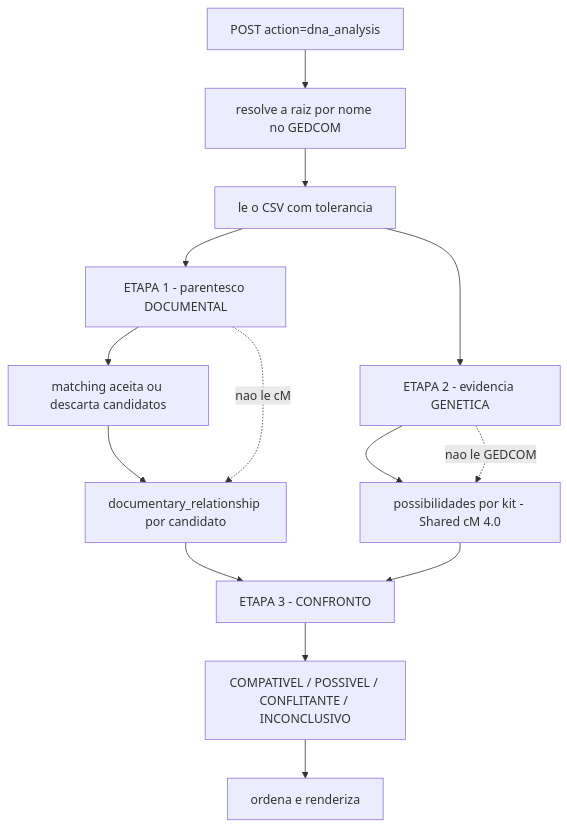
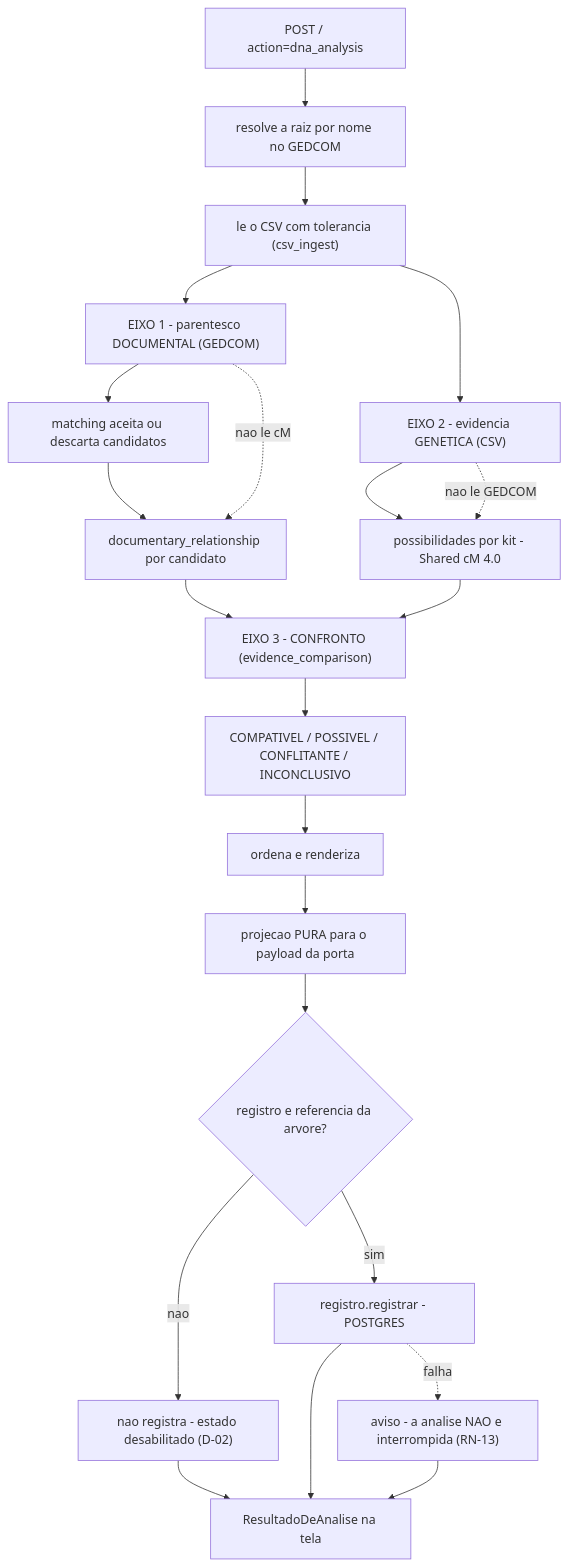
One commit to Adriano1976/reversa-analisador-genealogico changed the first of 9 diagrams in _reversa_sdd/flowcharts/analise-dna.md. Above: the diagram before and after it, drawn with Mermaid. The commit also changed other lines of this file and 69 other files, not shown here.

````diff
--- a/_reversa_sdd/flowcharts/analise-dna.md
+++ b/_reversa_sdd/flowcharts/analise-dna.md
@@ -10,16 +12,24 @@
 ```mermaid
 flowchart TD
-    A[POST action=dna_analysis] --> B[resolve a raiz por nome no GEDCOM]
-    B --> C[le o CSV com tolerancia]
-    C --> D[ETAPA 1 - parentesco DOCUMENTAL]
-    C --> E[ETAPA 2 - evidencia GENETICA]
-    D --> F[matching aceita ou descarta candidatos]
-    F --> D2[documentary_relationship por candidato]
-    E --> G[possibilidades por kit - Shared cM 4.0]
-    D2 --> H[ETAPA 3 - CONFRONTO]
+    A["POST / action=dna_analysis"] --> B["resolve a raiz por nome no GEDCOM"]
+    B --> C["le o CSV com tolerancia (csv_ingest)"]
+    C --> D["EIXO 1 - parentesco DOCUMENTAL (GEDCOM)"]
+    C --> E["EIXO 2 - evidencia GENETICA (CSV)"]
+    D --> F["matching aceita ou descarta candidatos"]
+    F --> D2["documentary_relationship por candidato"]
+    E --> G["possibilidades por kit - Shared cM 4.0"]
+    D2 --> H["EIXO 3 - CONFRONTO (evidence_comparison)"]
     G --> H
-    H --> I[COMPATIVEL / POSSIVEL / CONFLITANTE / INCONCLUSIVO]
-    I --> J[ordena e renderiza]
-    D -. nao le cM .-> D2
-    E -. nao le GEDCOM .-> G
+    H --> I["COMPATIVEL / POSSIVEL / CONFLITANTE / INCONCLUSIVO"]
+    I --> J["ordena e renderiza"]
+    J --> K["projecao PURA para o payload da porta"]
+    K --> L{"registro e referencia da arvore?"}
+    L -- "nao" --> M["nao registra - estado desabilitado (D-02)"]
+    L -- "sim" --> N["registro.registrar - POSTGRES"]
+    N -. "falha" .-> O["aviso - a analise NAO e interrompida (RN-13)"]
+    M --> P["ResultadoDeAnalise na tela"]
+    N --> P
+    O --> P
+    D -. "nao le cM" .-> D2
+    E -. "nao le GEDCOM" .-> G
 ```
````
